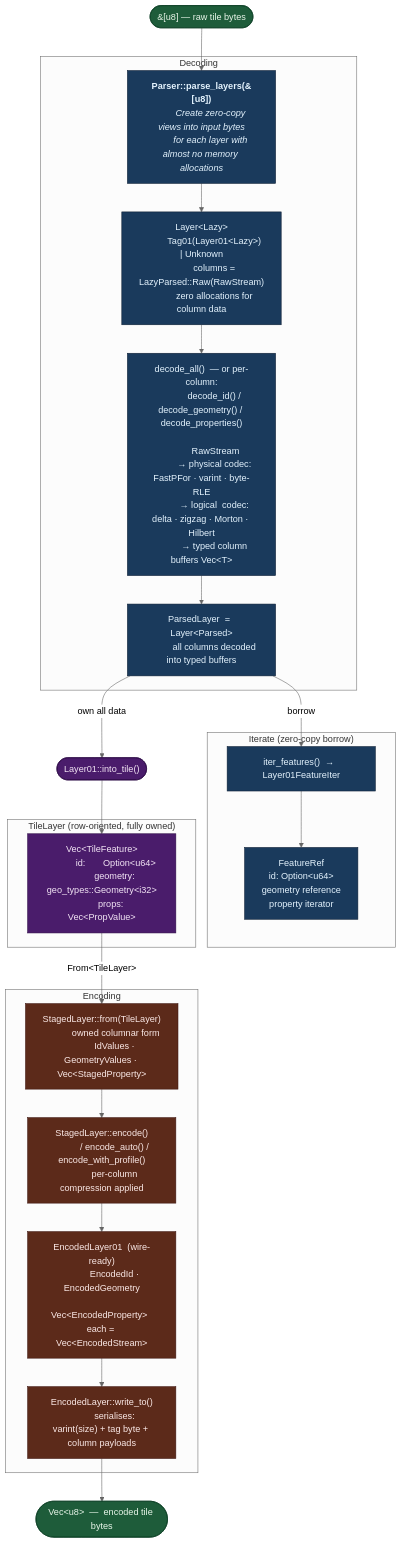
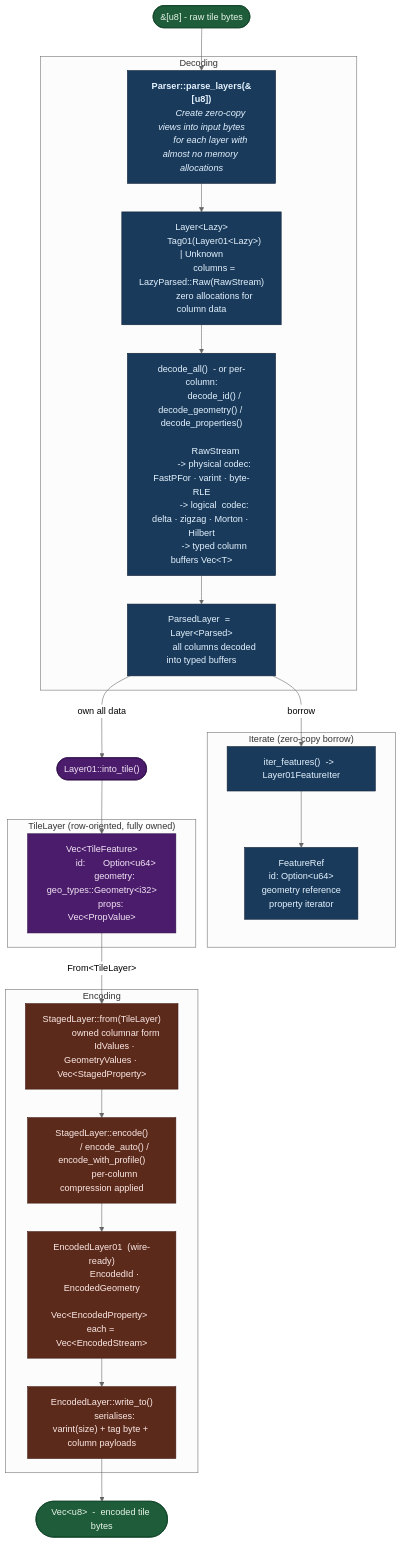
The diagram in rust/mlt-core/README.md (maplibre/maplibre-tile-spec), drawn with Mermaid (neutral theme) before and after one commit. The commit also changed other lines of this file and 68 other files, not shown here.

````diff
--- a/rust/mlt-core/README.md
+++ b/rust/mlt-core/README.md
@@ -70,76 +70,76 @@
 ```mermaid
 flowchart TB
-    A(["&[u8]  —  raw tile bytes"])
+    A(["&[u8]  -  raw tile bytes"])
 
     subgraph DEC ["Decoding"]
         B["<b>Parser::parse_layers(&[u8])</b>
         <i>Create zero-copy views into input bytes
         for each layer with almost no memory allocations</i>"]
 
         C["Layer&lt;Lazy>
            Tag01(Layer01&lt;Lazy>) | Unknown
            columns = LazyParsed::Raw(RawStream)
            zero allocations for column data"]
 
-        D["decode_all()  — or per-column:
+        D["decode_all()  - or per-column:
            decode_id() / decode_geometry() / decode_properties()
 
            RawStream
-           → physical codec: FastPFor · varint · byte-RLE
-           → logical  codec: delta · zigzag · Morton · Hilbert
-           → typed column buffers Vec&lt;T>"]
+           -> physical codec: FastPFor · varint · byte-RLE
+           -> logical  codec: delta · zigzag · Morton · Hilbert
+           -> typed column buffers Vec&lt;T>"]
 
         E["ParsedLayer  =  Layer&lt;Parsed>
            all columns decoded into typed buffers"]
     end
 
     subgraph ACCESS ["Iterate  (zero-copy borrow)"]
-        F["iter_features()  →  Layer01FeatureIter"]
+        F["iter_features()  ->  Layer01FeatureIter"]
         G["FeatureRef
            id: Option&lt;u64>
            geometry reference
            property iterator"]
     end
 
     H(["Layer01::into_tile()"])
 
     subgraph BRIDGE ["TileLayer  (row-oriented, fully owned)"]
         I["Vec&lt;TileFeature>
            id:       Option&lt;u64>
            geometry: geo_types::Geometry&lt;i32>
            props:    Vec&lt;PropValue>"]
     end
 
     subgraph ENC ["Encoding"]
         J["StagedLayer::from(TileLayer)
            owned columnar form
            IdValues · GeometryValues · Vec&lt;StagedProperty>"]
 
         K["StagedLayer::encode()
            / encode_auto() / encode_with_profile()
            per-column compression applied"]
 
         L["EncodedLayer01  (wire-ready)
            EncodedId · EncodedGeometry
            Vec&lt;EncodedProperty>  each = Vec&lt;EncodedStream>"]
 
         M["EncodedLayer::write_to()
            serialises: varint(size) + tag byte + column payloads"]
     end
 
-    N(["Vec&lt;u8>  —  encoded tile bytes"])
+    N(["Vec&lt;u8>  -  encoded tile bytes"])
 
     A --> B --> C --> D --> E
     E -->|"borrow"| F --> G
     E -->|"own all data"| H --> I
     I -->|"From&lt;TileLayer>"| J --> K --> L --> M --> N
 
     classDef io fill:#1e5c3a,color:#e8f5e9,stroke:#0a3d22
     classDef bridge fill:#4a1c6b,color:#f3e5f5,stroke:#2d0b45
     classDef dec fill:#1a3a5c,color:#e3f2fd,stroke:#0d1f35
     classDef enc fill:#5c2a1a,color:#fbe9e7,stroke:#3d1510
     class A,N io
     class H,I bridge
     class B,C,D,E,F,G dec
     class J,K,L,M enc
 ```
````
